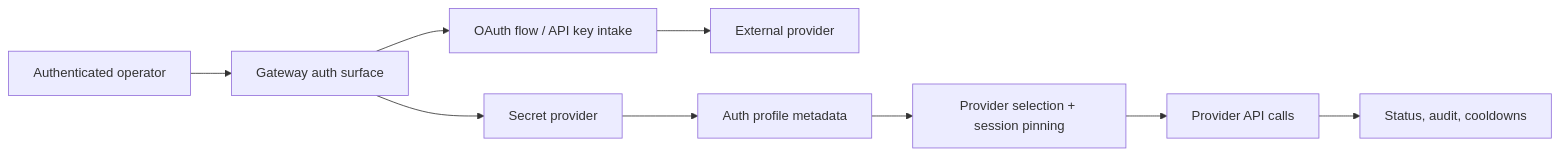
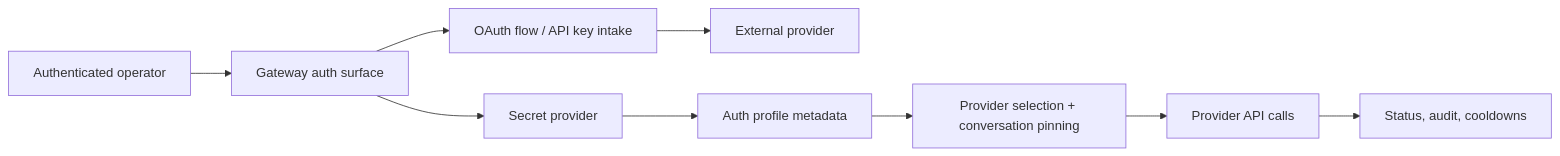
One commit to tyrumai/tyrum changed the diagram in docs/architecture/gateway/auth.md. Above: the diagram before and after it, drawn with Mermaid. The commit also changed other lines of this file and 56 other files, not shown here.

Commit message:
docs: rewrite architecture around conversations and turns (#1829)

````diff
--- a/docs/architecture/gateway/auth.md
+++ b/docs/architecture/gateway/auth.md
@@ -17,11 +17,11 @@
 ```mermaid
 flowchart LR
   Operator["Authenticated operator"] --> Gateway["Gateway auth surface"]
   Gateway --> OAuth["OAuth flow / API key intake"]
   OAuth --> Provider["External provider"]
   Gateway --> Secrets["Secret provider"]
   Secrets --> Profile["Auth profile metadata"]
-  Profile --> Routing["Provider selection + session pinning"]
+  Profile --> Routing["Provider selection + conversation pinning"]
   Routing --> Calls["Provider API calls"]
   Calls --> Audit["Status, audit, cooldowns"]
 ```
````
